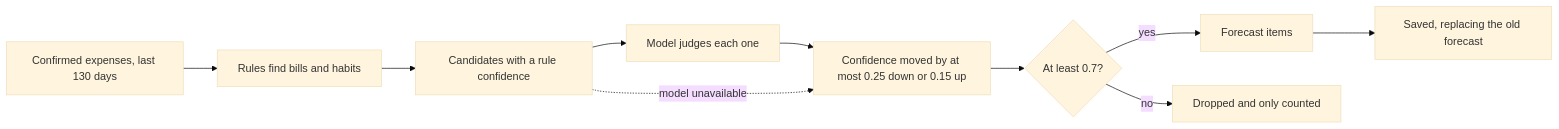
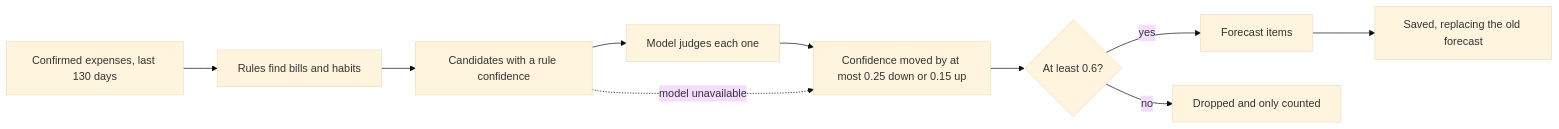
Before and after one commit to ZoeMohamed/Monara: the diagram in docs/tech/forecast.md, drawn with Mermaid (base theme). The commit also changed other lines of this file and 12 other files, not shown here.

````diff
--- a/docs/tech/forecast.md
+++ b/docs/tech/forecast.md
@@ -11,12 +11,12 @@
 ```mermaid
 flowchart LR
   Hist["Confirmed expenses, last 130 days"] --> Rules["Rules find bills and habits"]
   Rules --> Cand["Candidates with a rule confidence"]
   Cand --> Model["Model judges each one"]
   Model --> Band["Confidence moved by at most 0.25 down or 0.15 up"]
   Cand -. "model unavailable" .-> Band
-  Band --> Cut{"At least 0.7?"}
+  Band --> Cut{"At least 0.6?"}
   Cut -- yes --> Items["Forecast items"]
   Cut -- no --> Drop["Dropped and only counted"]
   Items --> Store["Saved, replacing the old forecast"]
 ```
````
